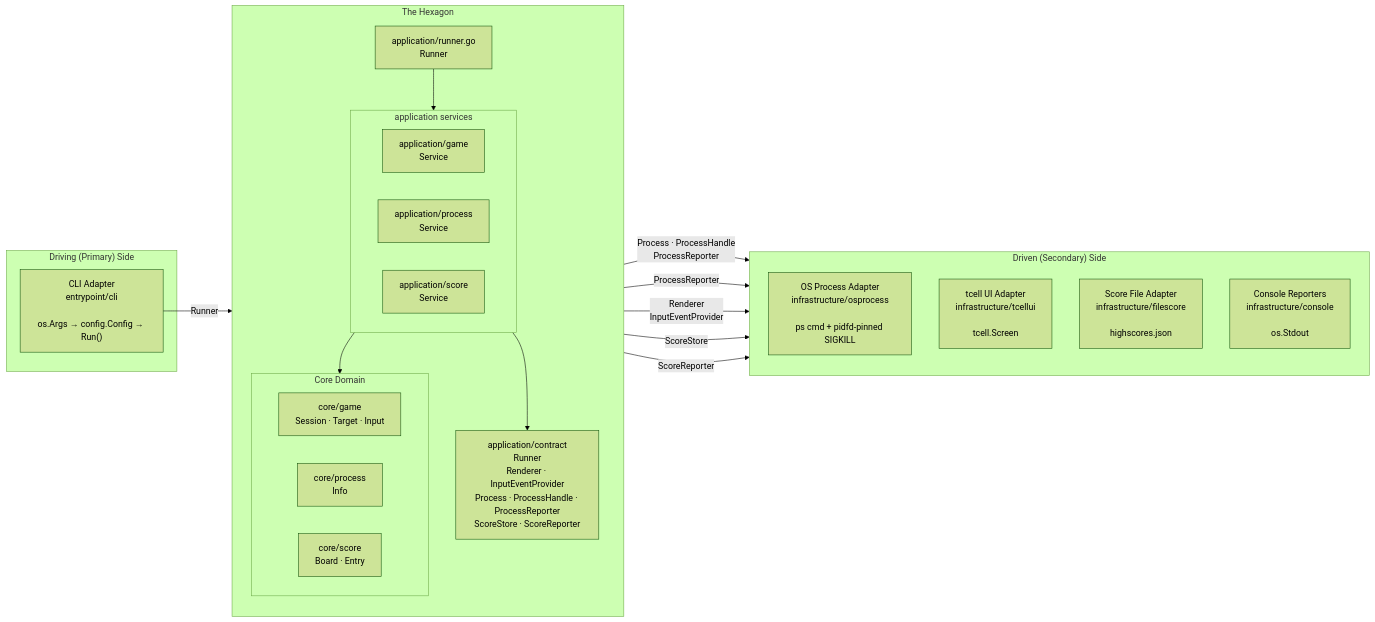
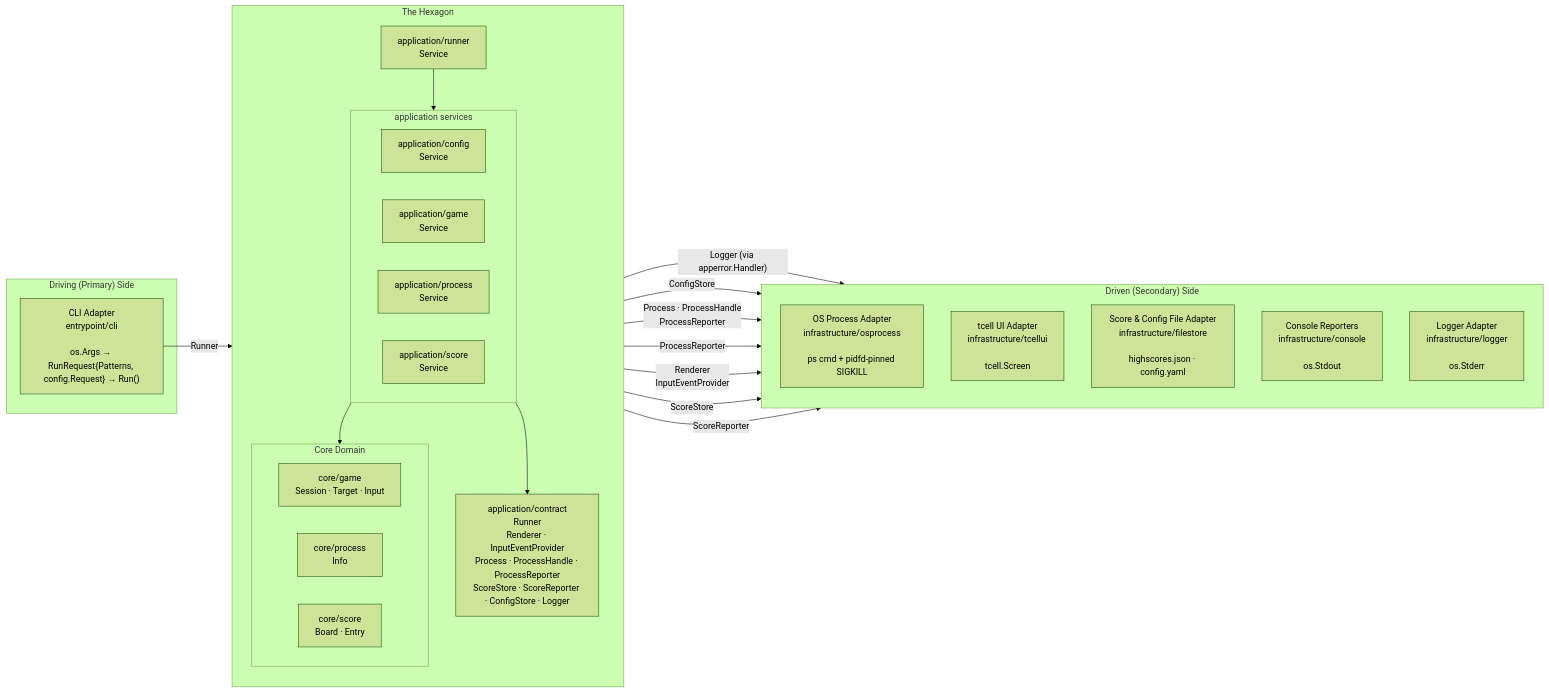
Before and after one commit to eirikur-ari/pidshooter: the first of 2 diagrams in docs/hexagonal-arc.md, drawn with Mermaid (forest theme). The commit also changed other lines of this file and 14 other files, not shown here.

````diff
--- a/docs/hexagonal-arc.md
+++ b/docs/hexagonal-arc.md
@@ -122,42 +126,46 @@
 ```mermaid
 flowchart LR
     subgraph Driving["Driving (Primary) Side"]
-        CLI["CLI Adapter\nentrypoint/cli\n\nos.Args → config.Config → Run()"]
+        CLI["CLI Adapter\nentrypoint/cli\n\nos.Args → RunRequest{Patterns, config.Request} → Run()"]
     end
 
     subgraph Hexagon["The Hexagon"]
         direction TB
-        App["application/runner.go\nRunner"]
+        App["application/runner\nService"]
         subgraph AppServices["application services"]
             direction LR
+            ConfigSvc["application/config\nService"]
             GameSvc["application/game\nService"]
             ProcSvc["application/process\nService"]
             ScoreSvc["application/score\nService"]
         end
-        Contracts["application/contract\nRunner\nRenderer · InputEventProvider\nProcess · ProcessHandle · ProcessReporter\nScoreStore · ScoreReporter"]
+        Contracts["application/contract\nRunner\nRenderer · InputEventProvider\nProcess · ProcessHandle · ProcessReporter\nScoreStore · ScoreReporter · ConfigStore · Logger"]
         subgraph Core["Core Domain"]
             direction LR
             DGame["core/game\nSession · Target · Input"]
             DProc["core/process\nInfo"]
             DScore["core/score\nBoard · Entry"]
         end
         App --> AppServices
         AppServices --> Contracts
         AppServices --> Core
     end
 
     subgraph Driven["Driven (Secondary) Side"]
         direction TB
         OSProc["OS Process Adapter\ninfrastructure/osprocess\n\nps cmd + pidfd-pinned SIGKILL"]
         TcellUI["tcell UI Adapter\ninfrastructure/tcellui\n\ntcell.Screen"]
-        FileScore["Score File Adapter\ninfrastructure/filescore\n\nhighscores.json"]
+        FileStore["Score & Config File Adapter\ninfrastructure/filestore\n\nhighscores.json · config.yaml"]
         Console["Console Reporters\ninfrastructure/console\n\nos.Stdout"]
+        LoggerAdapter["Logger Adapter\ninfrastructure/logger\n\nos.Stderr"]
     end
 
     CLI -- "Runner" --> App
+    App -- "Logger (via apperror.Handler)" --> LoggerAdapter
+    ConfigSvc -- "ConfigStore" --> FileStore
     ProcSvc -- "Process · ProcessHandle\nProcessReporter" --> OSProc
     ProcSvc -- "ProcessReporter" --> Console
     GameSvc -- "Renderer\nInputEventProvider" --> TcellUI
-    ScoreSvc -- "ScoreStore" --> FileScore
+    ScoreSvc -- "ScoreStore" --> FileStore
     ScoreSvc -- "ScoreReporter" --> Console
 ```
````
